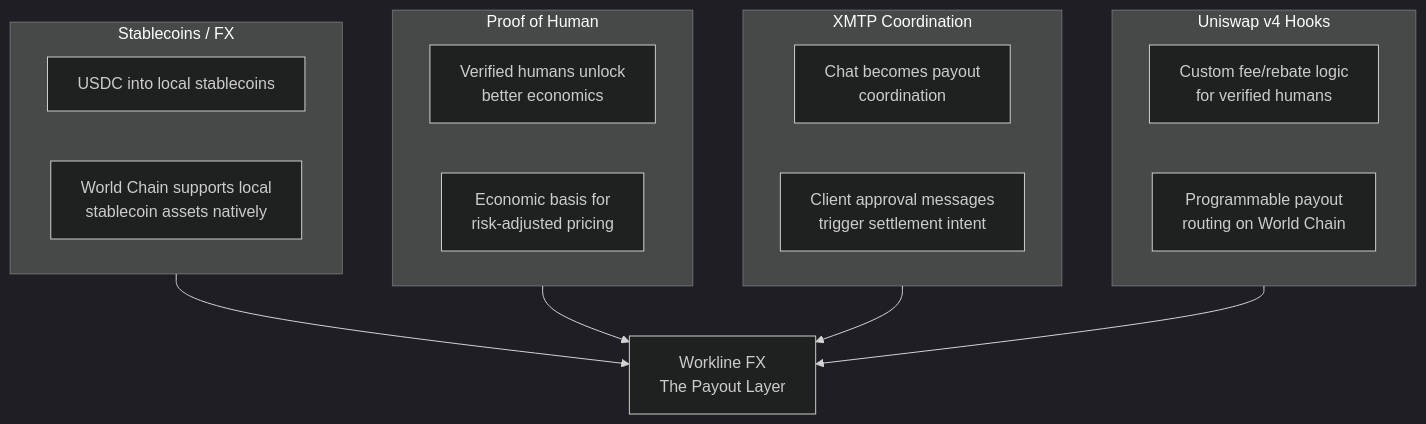
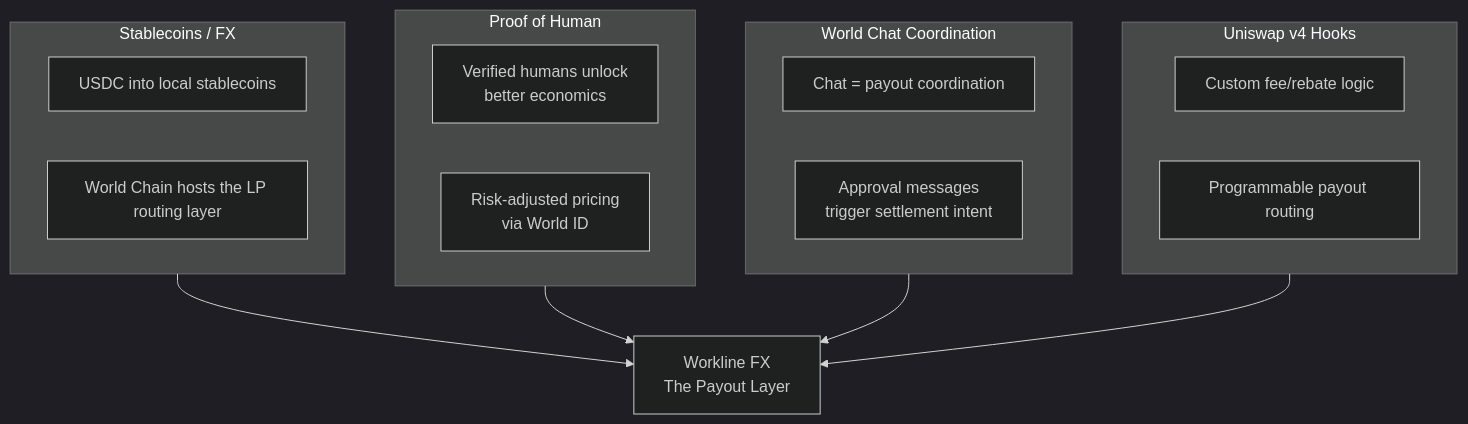
The seventh of 7 diagrams in README.md (Adityaakr/Workline), drawn with Mermaid (dark theme) before and after one commit. The commit also changed other lines of this file and 5 other files, not shown here.

````diff
--- a/README.md
+++ b/README.md
@@ -225,27 +450,27 @@
 ```mermaid
 graph TB
     subgraph Stablecoins["Stablecoins / FX"]
         S1["USDC into local stablecoins"]
-        S2["World Chain supports local\nstablecoin assets natively"]
+        S2["World Chain hosts the LP routing layer"]
     end
 
     subgraph ProofOfHuman["Proof of Human"]
-        P1["Verified humans unlock\nbetter economics"]
-        P2["Economic basis for\nrisk-adjusted pricing"]
+        P1["Verified humans unlock<br/>better economics"]
+        P2["Risk-adjusted pricing<br/>via World ID"]
     end
 
-    subgraph XMTPCoord["XMTP Coordination"]
-        X1["Chat becomes payout\ncoordination"]
-        X2["Client approval messages\ntrigger settlement intent"]
+    subgraph ChatCoord["World Chat Coordination"]
+        X1["Chat = payout coordination"]
+        X2["Approval messages<br/>trigger settlement intent"]
     end
 
     subgraph Hooks["Uniswap v4 Hooks"]
-        H1["Custom fee/rebate logic\nfor verified humans"]
-        H2["Programmable payout\nrouting on World Chain"]
+        H1["Custom fee/rebate logic"]
+        H2["Programmable payout routing"]
     end
 
-    Stablecoins --> WorklineFX["Workline FX\nThe Payout Layer"]
+    Stablecoins --> WorklineFX["Workline FX<br/>The Payout Layer"]
     ProofOfHuman --> WorklineFX
-    XMTPCoord --> WorklineFX
+    ChatCoord --> WorklineFX
     Hooks --> WorklineFX
 ```
````
